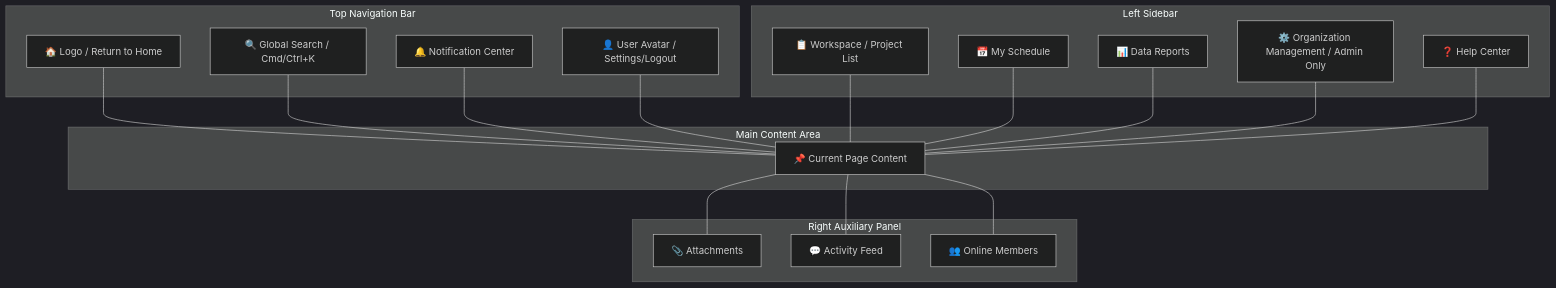
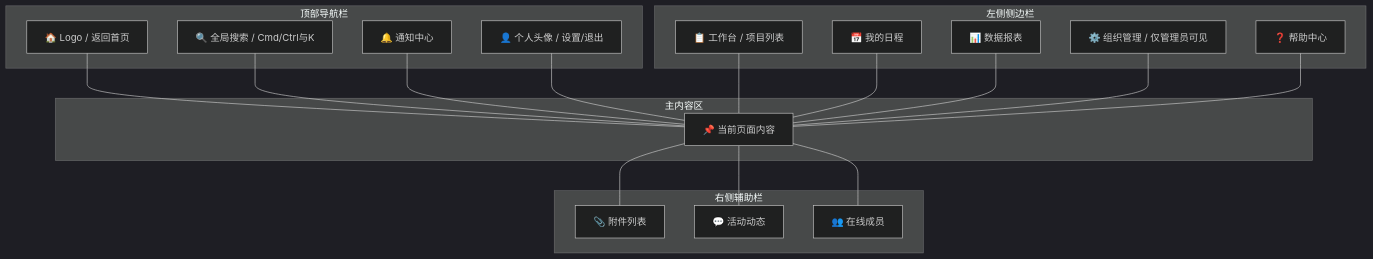
The fourth of 7 diagrams in templates/Product/Operations/Template-User-Guide.md (Kirky-X/cangjie), drawn with Mermaid (dark theme) before and after one commit. The commit also changed other lines of this file and 33 other files, not shown here.

````diff
--- a/templates/Product/Operations/Template-User-Guide.md
+++ b/templates/Product/Operations/Template-User-Guide.md
@@ -199,31 +199,31 @@
 ```mermaid
 graph TB
-    subgraph Top Navigation Bar
-        T1[🏠 Logo / Return to Home]
-        T2[🔍 Global Search / Cmd/Ctrl+K]
-        T3[🔔 Notification Center]
-        T4[👤 User Avatar / Settings/Logout]
+    subgraph 顶部导航栏
+        T1[🏠 Logo / 返回首页]
+        T2[🔍 全局搜索 / Cmd/Ctrl与K]
+        T3[🔔 通知中心]
+        T4[👤 个人头像 / 设置/退出]
     end
 
-    subgraph Left Sidebar
-        S1[📋 Workspace / Project List]
-        S2[📅 My Schedule]
-        S3[📊 Data Reports]
-        S4[⚙️ Organization Management / Admin Only]
-        S5[❓ Help Center]
+    subgraph 左侧侧边栏
+        S1[📋 工作台 / 项目列表]
+        S2[📅 我的日程]
+        S3[📊 数据报表]
+        S4[⚙️ 组织管理 / 仅管理员可见]
+        S5[❓ 帮助中心]
     end
 
-    subgraph Main Content Area
-        M1[📌 Current Page Content]
+    subgraph 主内容区
+        M1[📌 当前页面内容]
     end
 
-    subgraph Right Auxiliary Panel
-        R1[📎 Attachments]
-        R2[💬 Activity Feed]
-        R3[👥 Online Members]
+    subgraph 右侧辅助栏
+        R1[📎 附件列表]
+        R2[💬 活动动态]
+        R3[👥 在线成员]
     end
 
     T1 & T2 & T3 & T4 --- M1
     S1 & S2 & S3 & S4 & S5 --- M1
     M1 --- R1 & R2 & R3
 ```
````
